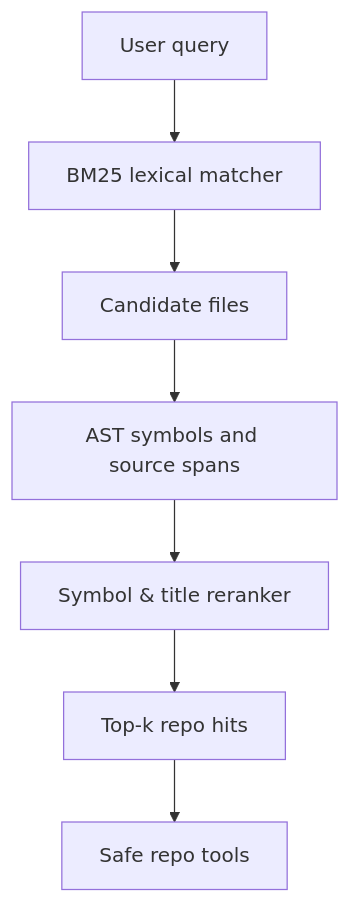
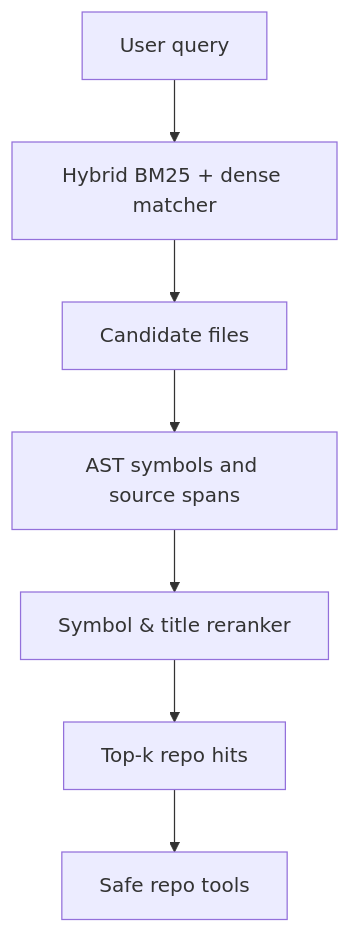
The diagram in flagship-projects/02-codebase-copilot/README.md (coder-raj369/AI_Portfolio), drawn with Mermaid before and after one commit. The commit also changed other lines of this file and 5 other files, not shown here.

````diff
--- a/flagship-projects/02-codebase-copilot/README.md
+++ b/flagship-projects/02-codebase-copilot/README.md
@@ -20,9 +20,9 @@
 ```mermaid
 flowchart TD
-    Q[User query] --> R[BM25 lexical matcher]
+    Q[User query] --> R[Hybrid BM25 + dense matcher]
     R --> C[Candidate files]
     C --> A[AST symbols and source spans]
     A --> K[Symbol & title reranker]
     K --> O[Top-k repo hits]
     O --> T[Safe repo tools]
 ```
````
